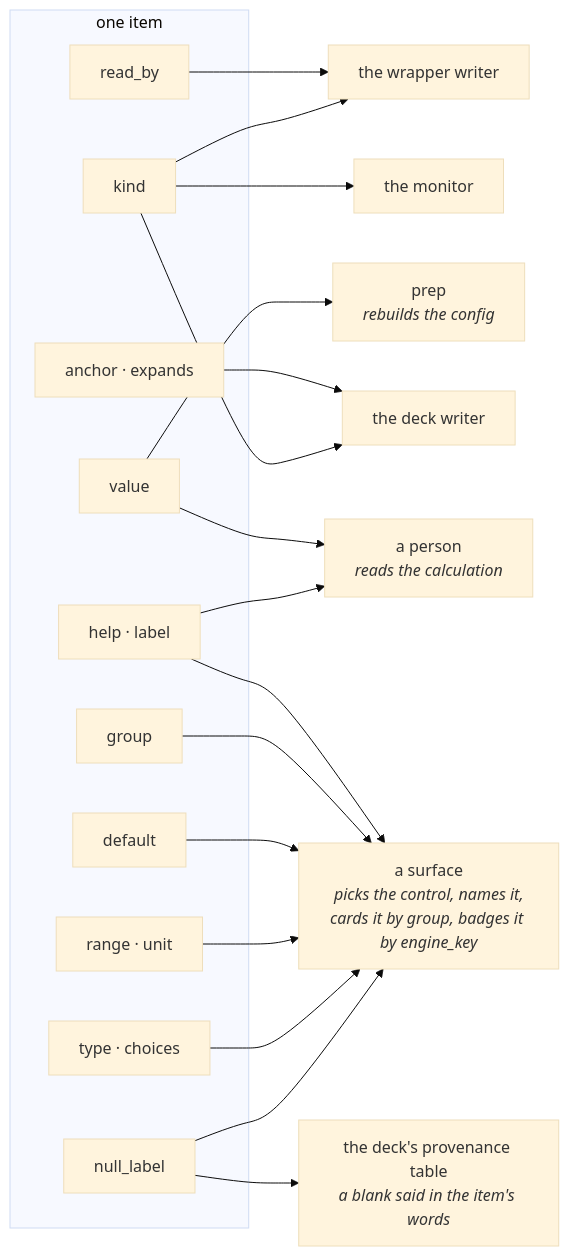
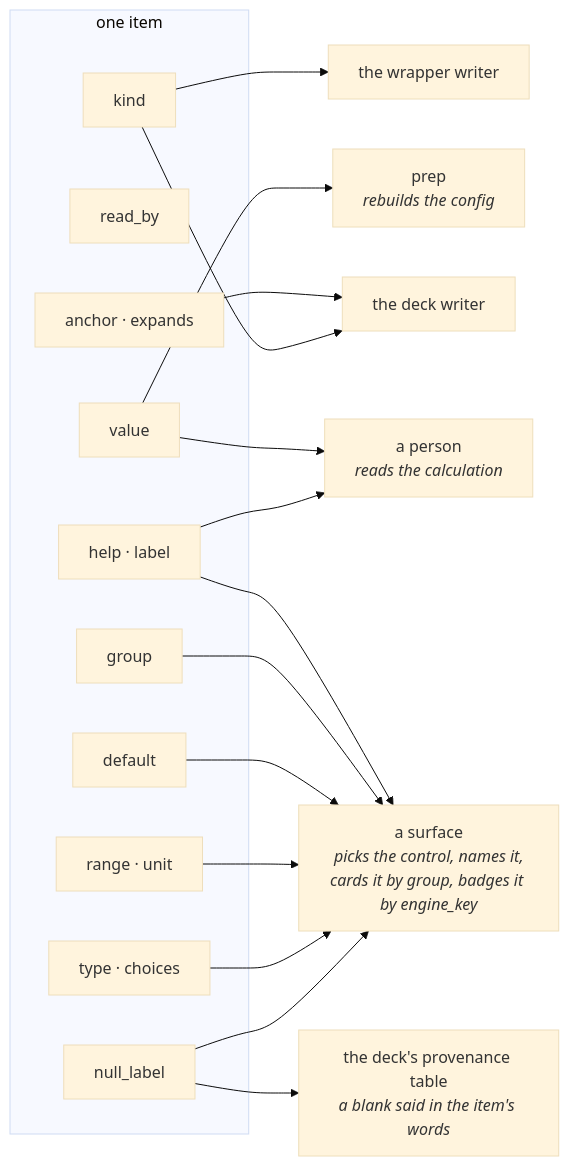
One commit to Qing-LAB/molbuilder changed the second of 8 diagrams in docs/engines/template.md. Above: the diagram before and after it, drawn with Mermaid (base theme). The commit also changed other lines of this file and 71 other files, not shown here.

````diff
--- a/docs/engines/template.md
+++ b/docs/engines/template.md
@@ -737,23 +696,21 @@
 ```mermaid
 flowchart LR
     subgraph I["one item"]
       K["kind"]; RB["read_by"]; V["value"]; D["default"]
       T["type · choices"]; R["range · unit"]; G["group"]; H["help · label"]; A["anchor · expands"]
       NL["null_label"]
     end
     NL --> UI
     NL --> PT["the deck's provenance table<br/><i>a blank said in the item's words</i>"]
     T --> UI["a surface<br/><i>picks the control, names it,<br/>cards it by group, badges it by engine_key</i>"]
     R --> UI
     D --> UI
     G --> UI
     H --> UI
     H --> P["a person<br/><i>reads the calculation</i>"]
     V --> P
     V --> PR["prep<br/><i>rebuilds the config</i>"]
     K --> DW["the deck writer"]
     A --> DW
     K --> WW["the wrapper writer"]
-    RB --> WW
-    K --> MON["the monitor"]
 ```
````
